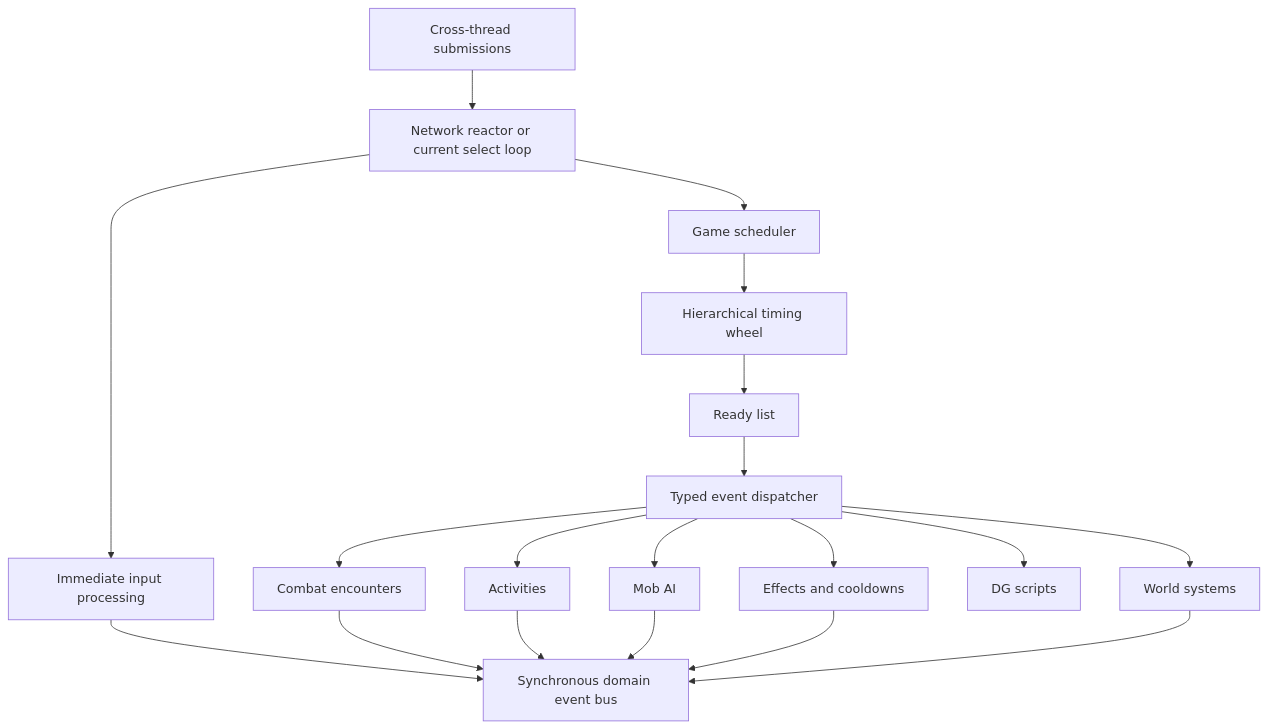
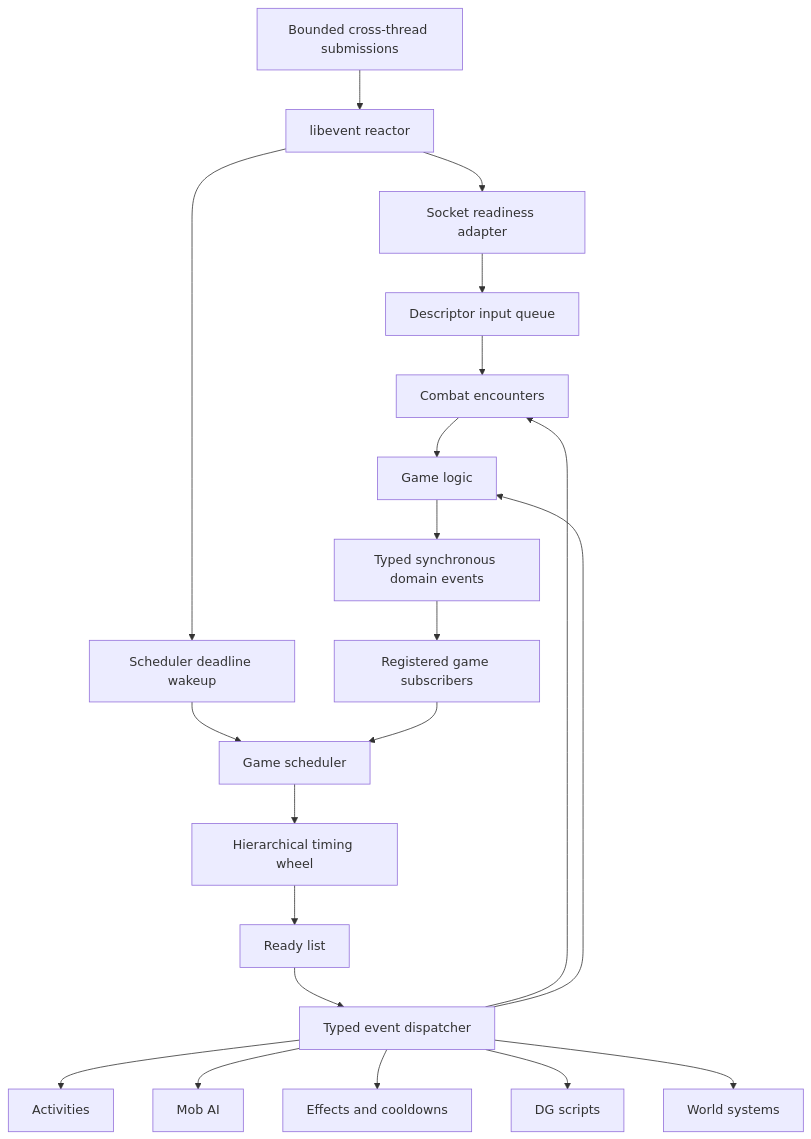
One commit to LuminariMUD/Luminari-Source changed the first of 2 diagrams in docs/ongoing-projects/EVENT_DRIVEN_CORE_REFACTOR_SPEC.md. Above: the diagram before and after it, drawn with Mermaid. The commit also changed other lines of this file, not shown here.

Commit message:
Restore event-driven refactor architecture

````diff
--- a/docs/ongoing-projects/EVENT_DRIVEN_CORE_REFACTOR_SPEC.md
+++ b/docs/ongoing-projects/EVENT_DRIVEN_CORE_REFACTOR_SPEC.md
@@ -235,24 +279,27 @@
 ```mermaid
 flowchart TD
-    R[Network reactor or current select loop] --> S[Game scheduler]
-    R --> I[Immediate input processing]
-    X[Cross-thread submissions] --> R
+    R[libevent reactor] --> N[Socket readiness adapter]
+    R --> T[Scheduler deadline wakeup]
+    X[Bounded cross-thread submissions] --> R
+
+    N --> I[Descriptor input queue]
+    I --> C[Command interpreter]
+    C --> L[Game logic]
+    T --> S[Game scheduler]
 
     S --> W[Hierarchical timing wheel]
     W --> Q[Ready list]
     Q --> D[Typed event dispatcher]
 
     D --> C[Combat encounters]
     D --> A[Activities]
     D --> M[Mob AI]
     D --> F[Effects and cooldowns]
     D --> G[DG scripts]
     D --> Z[World systems]
 
-    I --> B[Synchronous domain event bus]
-    C --> B
-    A --> B
-    M --> B
-    F --> B
-    Z --> B
+    D --> L
+    L --> B[Typed synchronous domain events]
+    B --> U[Registered game subscribers]
+    U --> S
 ```
````
